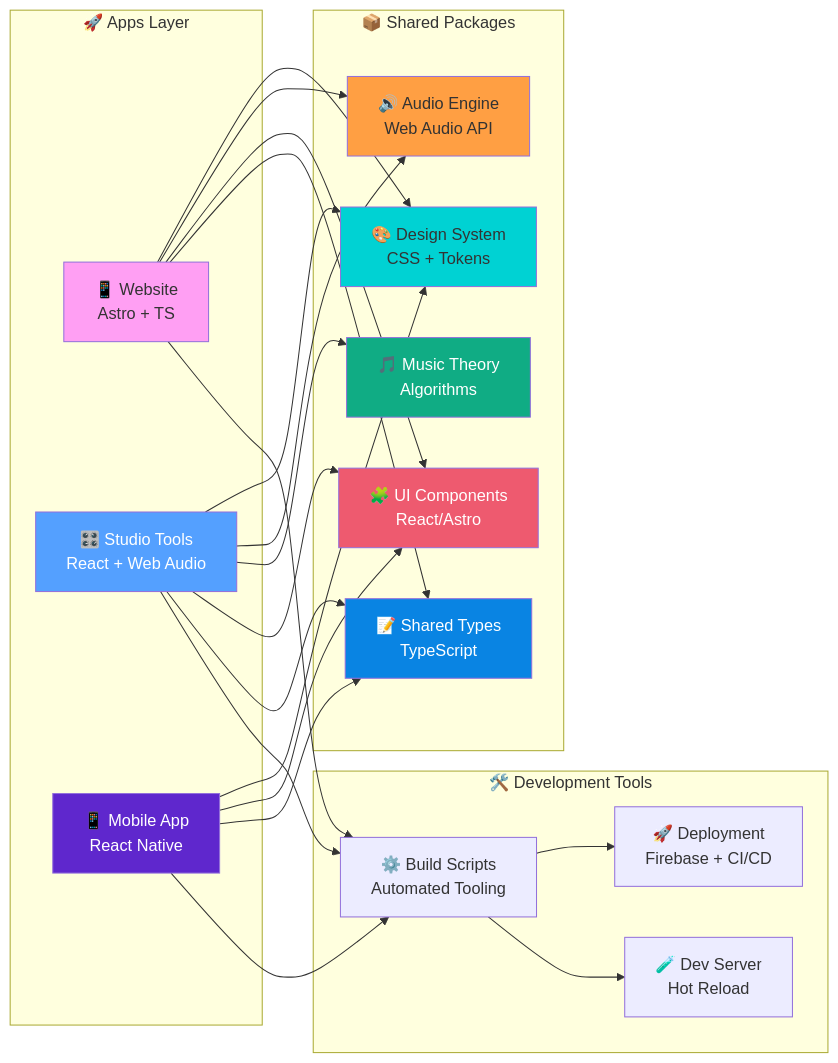
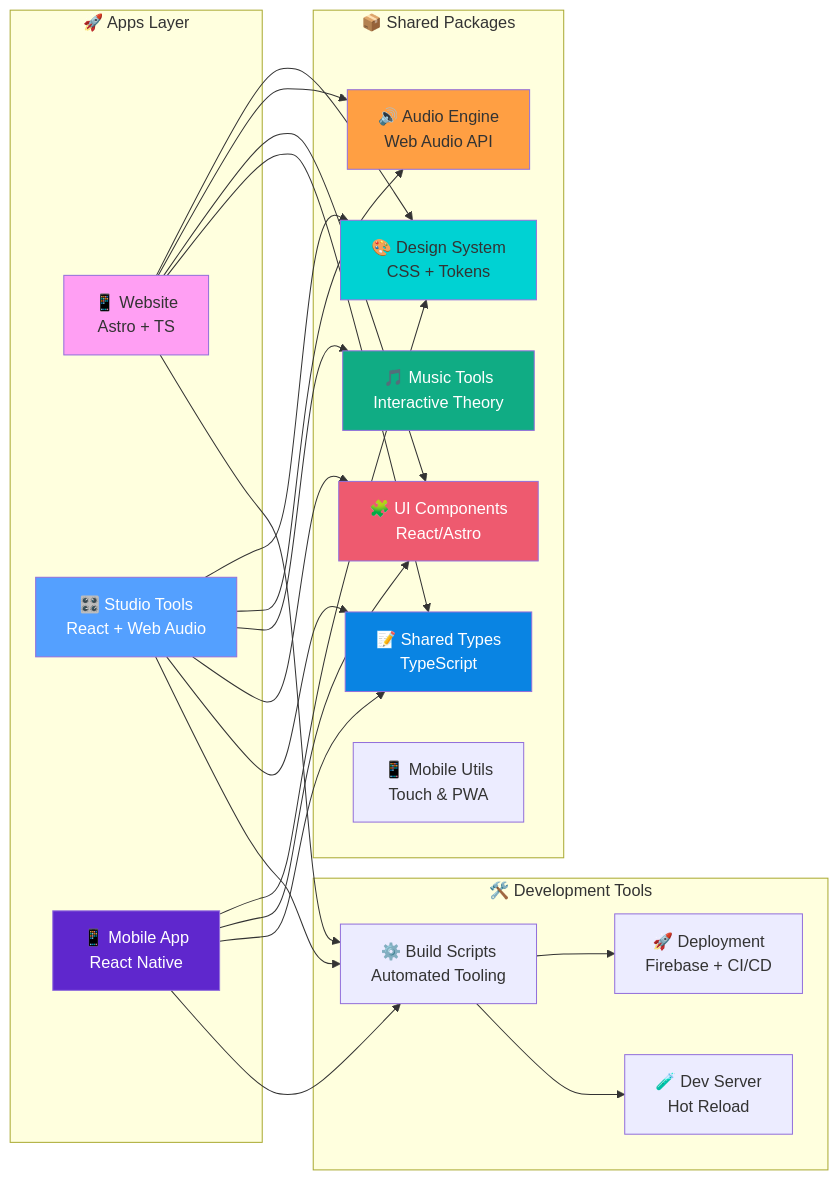
Before and after one commit to Lukeus/music-lab: the second of 6 diagrams in README.md, drawn with Mermaid. The commit also changed other lines of this file, not shown here.

````diff
--- a/README.md
+++ b/README.md
@@ -49,53 +51,54 @@
 ```mermaid
 flowchart LR
     subgraph "🚀 Apps Layer"
         A1[📱 Website<br/>Astro + TS]
         A2[🎛️ Studio Tools<br/>React + Web Audio]
         A3[📱 Mobile App<br/>React Native]
     end
     
     subgraph "📦 Shared Packages"
         P1[🎨 Design System<br/>CSS + Tokens]
         P2[🔊 Audio Engine<br/>Web Audio API]
-        P3[🎵 Music Theory<br/>Algorithms]
+        P3[🎵 Music Tools<br/>Interactive Theory]
         P4[🧩 UI Components<br/>React/Astro]
         P5[📝 Shared Types<br/>TypeScript]
+        P6[📱 Mobile Utils<br/>Touch & PWA]
     end
     
     subgraph "🛠️ Development Tools"
         T1[⚙️ Build Scripts<br/>Automated Tooling]
         T2[🚀 Deployment<br/>Firebase + CI/CD]
         T3[🧪 Dev Server<br/>Hot Reload]
     end
     
     A1 --> P1
     A1 --> P2
     A1 --> P4
     A1 --> P5
     
     A2 --> P1
     A2 --> P2
     A2 --> P3
     A2 --> P4
     A2 --> P5
     
     A3 --> P1
     A3 --> P4
     A3 --> P5
     
     A1 --> T1
     A2 --> T1
     A3 --> T1
     
     T1 --> T2
     T1 --> T3
     
     style A1 fill:#ff9ff3,color:#333
     style A2 fill:#54a0ff,color:#fff
     style A3 fill:#5f27cd,color:#fff
     style P1 fill:#00d2d3,color:#333
     style P2 fill:#ff9f43,color:#333
     style P3 fill:#10ac84,color:#fff
     style P4 fill:#ee5a6f,color:#fff
     style P5 fill:#0984e3,color:#fff
 ```
````
